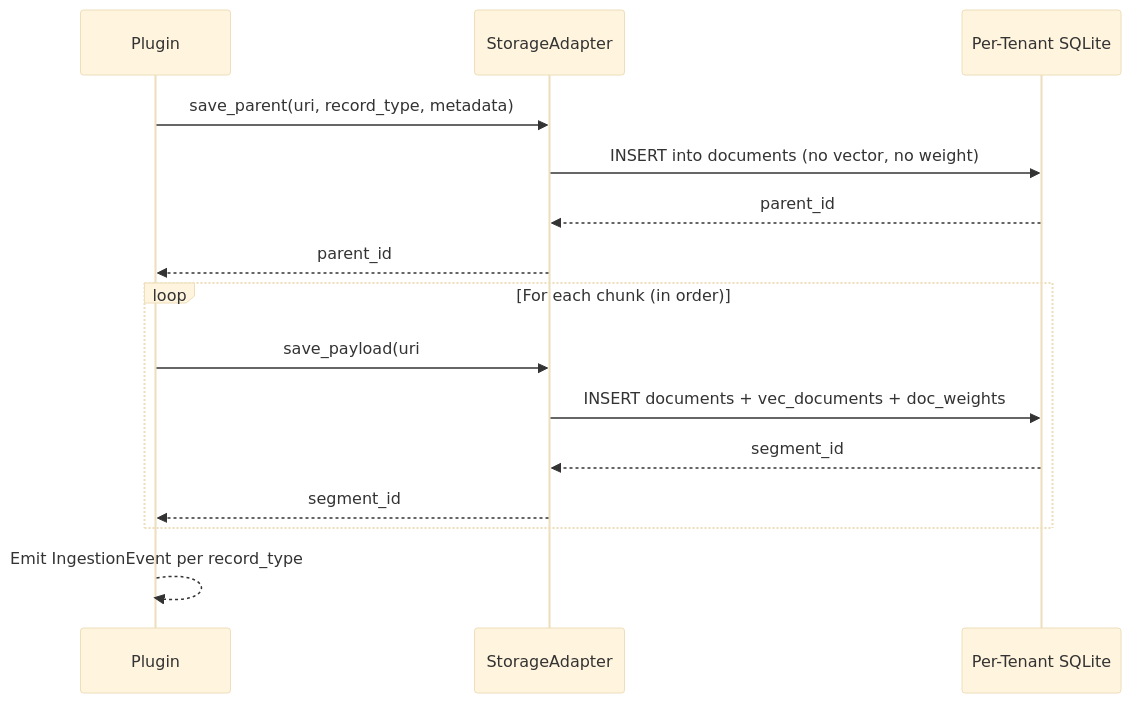
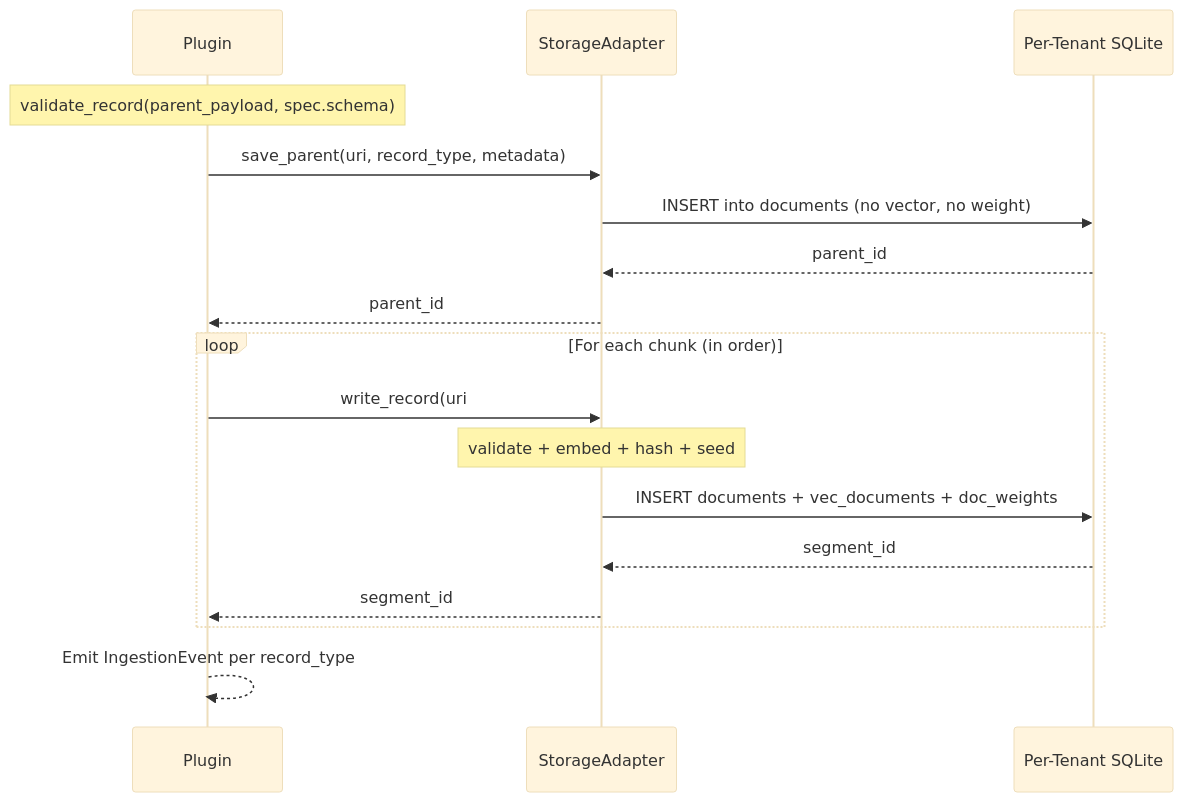
Before and after one commit to gr8routdoors/team-mind: the second of 3 diagrams in agent-os/context/architecture/plugin-developer-guide.md, drawn with Mermaid (base theme). The commit also changed other lines of this file, not shown here.

First line of the commit message:
docs(architecture): route plugin-guide write examples through write_record

````diff
--- a/agent-os/context/architecture/plugin-developer-guide.md
+++ b/agent-os/context/architecture/plugin-developer-guide.md
@@ -917,20 +956,22 @@
 ```mermaid
 sequenceDiagram
     participant Plugin
     participant Storage as StorageAdapter
     participant DB as Per-Tenant SQLite
 
+    Note over Plugin: validate_record(parent_payload, spec.schema)
     Plugin->>Storage: save_parent(uri, record_type, metadata)
     Storage->>DB: INSERT into documents (no vector, no weight)
     DB-->>Storage: parent_id
     Storage-->>Plugin: parent_id
 
     loop For each chunk (in order)
-        Plugin->>Storage: save_payload(uri#chunk-N, parent_id, vector, ...)
+        Plugin->>Storage: write_record(uri#chunk-N, payload, spec, parent_id=...)
+        Note over Storage: validate + embed + hash + seed
         Storage->>DB: INSERT documents + vec_documents + doc_weights
         DB-->>Storage: segment_id
         Storage-->>Plugin: segment_id
     end
 
     Plugin-->>Plugin: Emit IngestionEvent per record_type
 ```
````
